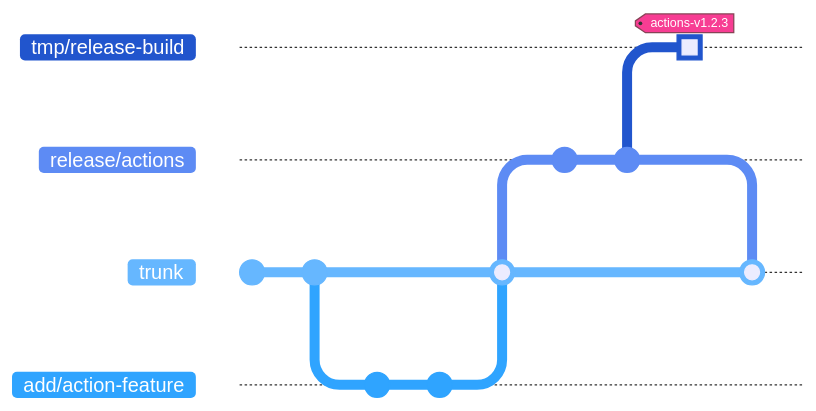
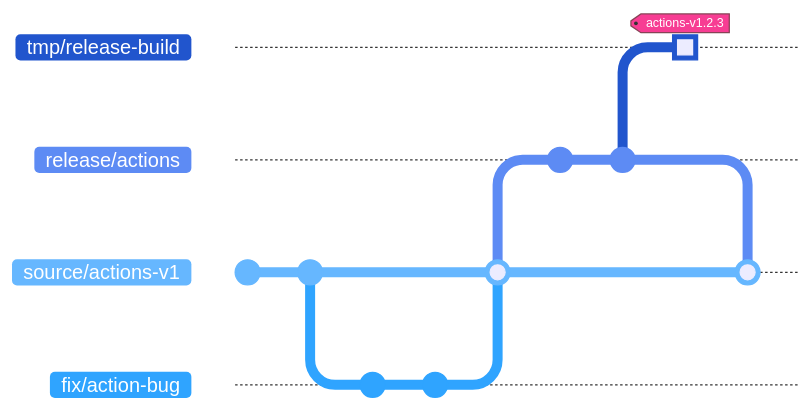
One commit to woocommerce/grow changed the diagram in packages/github-actions/README.md. Above: the diagram before and after it, drawn with Mermaid. The commit also changed other lines of this file and 1 other file, not shown here. Commit ids are hidden.

Commit message:
Adjust the v1 of the `github-actions` package to be deprecated.

````diff
--- a/packages/github-actions/README.md
+++ b/packages/github-actions/README.md
@@ -101,42 +103,42 @@
 ```mermaid
 %%{
   init: {
     "gitGraph": {
-      "mainBranchName": "trunk",
+      "mainBranchName": "source/actions-v1",
       "mainBranchOrder": 2
     },
     "themeVariables": {
       "git0": "#2155CD",
       "git1": "#5D8BF4",
       "git2": "#66B7FF",
       "git3": "#2FA4FF",
       "gitBranchLabel0": "#FFFFFF",
       "gitBranchLabel1": "#FFFFFF",
       "gitBranchLabel2": "#FFFFFF",
       "gitBranchLabel3": "#FFFFFF",
       "tagLabelBorder": "#874356",
       "tagLabelBackground": "#F73D93",
       "tagLabelColor": "#FFFFFF",
       "commitLabelBackground": "#DFDFDE",
       "gitInv0": "#2155CD"
     }
   }
 }%%
 
 gitGraph
   commit
   commit
-  branch add/action-feature order: 3
+  branch fix/action-bug order: 3
   commit
   commit
-  checkout trunk
-  merge add/action-feature
+  checkout source/actions-v1
+  merge fix/action-bug
   branch release/actions order: 1
   commit id: "Changelog"
   commit id: "Bump version"
   branch tmp/release-build order: 0
   commit id: "Release build" type: HIGHLIGHT tag: "actions-v1.2.3"
-  checkout trunk
+  checkout source/actions-v1
   merge release/actions
 
 ```
````
